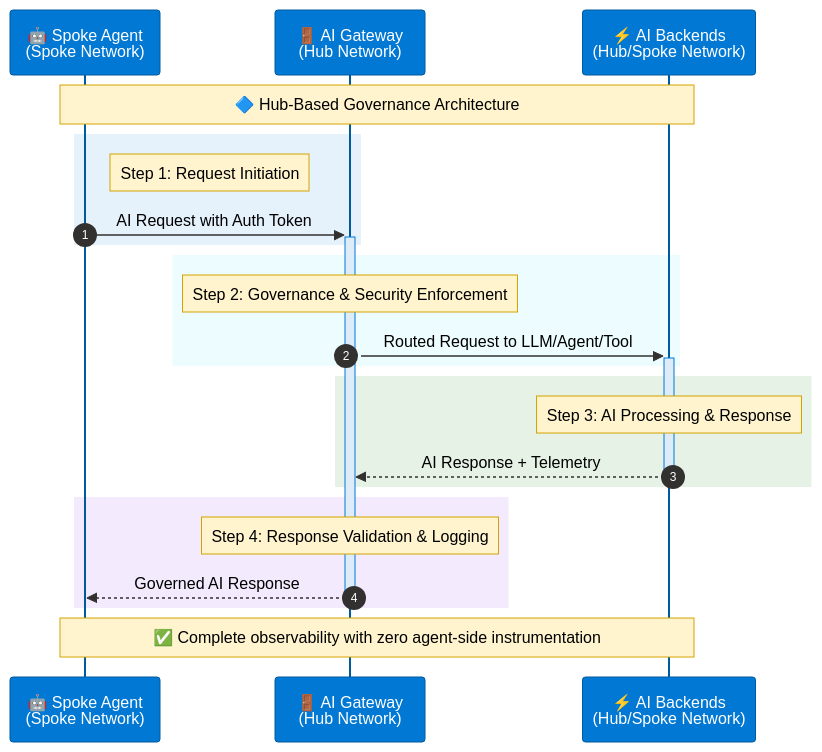
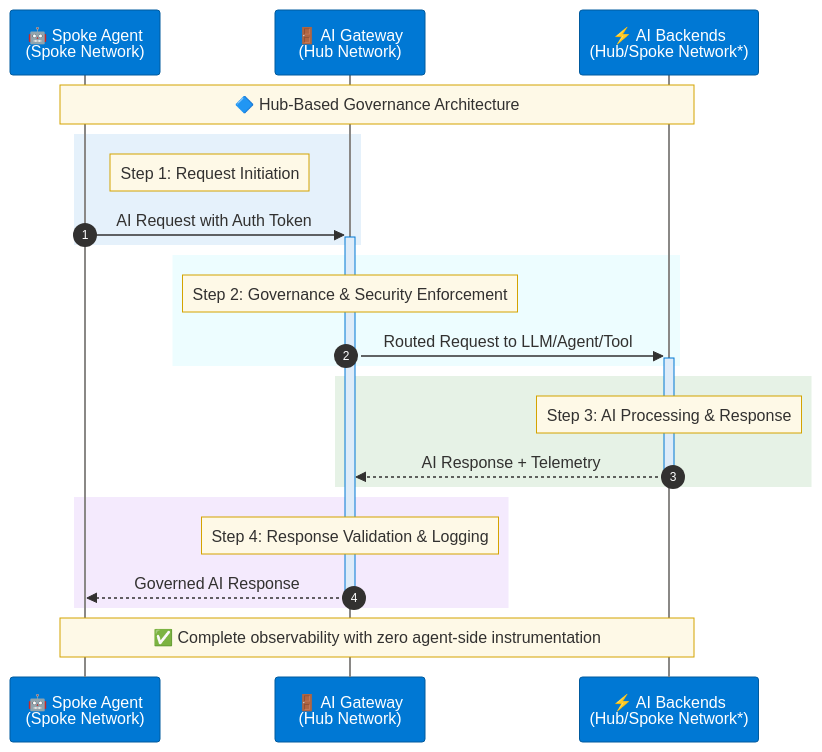
One commit to Azure-Samples/ai-hub-gateway-solution-accelerator changed the first of 2 diagrams in CITADEL-README.md. Above: the diagram before and after it, drawn with Mermaid. The commit also changed other lines of this file, not shown here.

Commit message:
updated network seq

````diff
--- a/CITADEL-README.md
+++ b/CITADEL-README.md
@@ -111,59 +111,59 @@
 ```mermaid
 %%{init: {
   'theme': 'base',
   'themeVariables': {
     'primaryColor': '#0078d4',
-    'primaryTextColor': '#000',
+    'primaryTextColor': '#fff',
     'primaryBorderColor': '#0078d4',
-    'lineColor': '#605e5c',
+    'lineColor': '#8a8886',
     'secondaryColor': '#50e6ff',
     'tertiaryColor': '#f3f2f1',
-    'noteBkgColor': '#fff4ce',
-    'noteTextColor': '#000',
+    'noteBkgColor': '#fef9e7',
+    'noteTextColor': '#323130',
     'noteBorderColor': '#d4a300',
     'actorBkg': '#0078d4',
     'actorBorder': '#005a9e',
     'actorTextColor': '#fff',
-    'actorLineColor': '#005a9e',
+    'actorLineColor': '#8a8886',
     'signalColor': '#323130',
-    'signalTextColor': '#000',
-    'labelBoxBkgColor': '#edebe9',
-    'labelBoxBorderColor': '#8a8886',
-    'labelTextColor': '#000',
-    'loopTextColor': '#000',
+    'signalTextColor': '#323130',
+    'labelBoxBkgColor': '#e1dfdd',
+    'labelBoxBorderColor': '#605e5c',
+    'labelTextColor': '#323130',
+    'loopTextColor': '#323130',
     'activationBorderColor': '#0078d4',
     'activationBkgColor': '#deecf9',
     'sequenceNumberColor': '#fff'
   }
 }}%%
 sequenceDiagram
     autonumber
     
     participant Agent as 🤖 Spoke Agent<br/>(Spoke Network)
     participant Gateway as 🚪 AI Gateway<br/>(Hub Network)
-    participant Backends as ⚡ AI Backends<br/>(Hub/Spoke Network)
+    participant Backends as ⚡ AI Backends<br/>(Hub/Spoke Network*)
 
     Note over Agent,Backends: 🔷 Hub-Based Governance Architecture
     
     rect rgba(0, 120, 212, 0.1)
         Note right of Agent: Step 1: Request Initiation
         Agent->>+Gateway: AI Request with Auth Token
     end
     
     rect rgba(80, 230, 255, 0.1)
         Note over Gateway: Step 2: Governance & Security Enforcement
         Gateway->>+Backends: Routed Request to LLM/Agent/Tool
     end
     
     rect rgba(16, 124, 16, 0.1)
         Note over Backends: Step 3: AI Processing & Response
         Backends-->>-Gateway: AI Response + Telemetry
     end
     
     rect rgba(147, 51, 234, 0.1)
         Note over Gateway: Step 4: Response Validation & Logging
         Gateway-->>-Agent: Governed AI Response
     end
     
     Note over Agent,Backends: ✅ Complete observability with zero agent-side instrumentation
 ```
````
